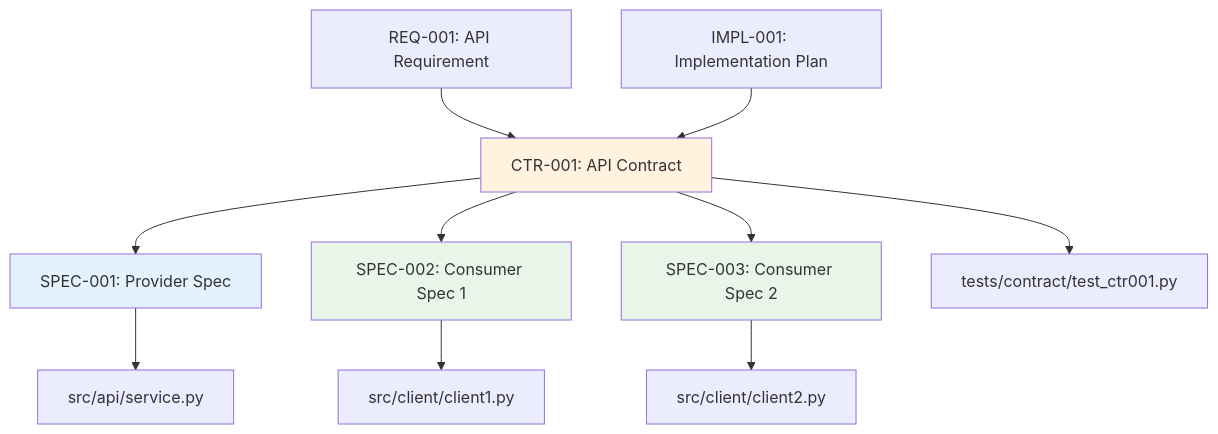
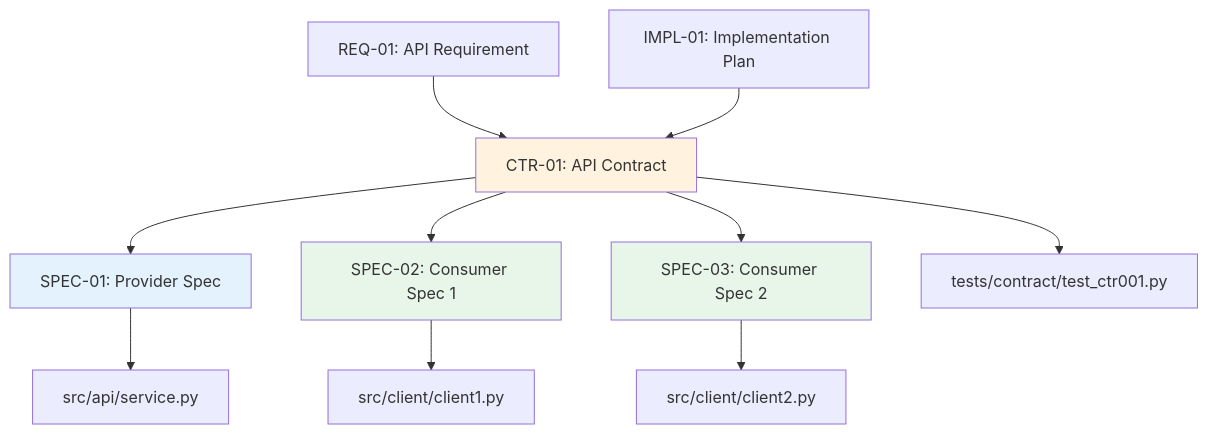
Before and after one commit to vladm3105/aidoc-flow-framework: the diagram in ai_dev_flow/CTR/CTR-000_TRACEABILITY_MATRIX-TEMPLATE.md, drawn with Mermaid. The commit also changed other lines of this file and 215 other files, not shown here.

````diff
--- a/ai_dev_flow/CTR/CTR-000_TRACEABILITY_MATRIX-TEMPLATE.md
+++ b/ai_dev_flow/CTR/CTR-000_TRACEABILITY_MATRIX-TEMPLATE.md
@@ -257,20 +257,20 @@
 ```mermaid
 graph TD
-    REQ001[REQ-001: API Requirement] --> CTR001[CTR-001: API Contract]
-    IMPL001[IMPL-001: Implementation Plan] --> CTR001
+    REQ01[REQ-01: API Requirement] --> CTR01[CTR-01: API Contract]
+    IMPL01[IMPL-01: Implementation Plan] --> CTR01
 
-    CTR001 --> SPEC001[SPEC-001: Provider Spec]
-    CTR001 --> SPEC002[SPEC-002: Consumer Spec 1]
-    CTR001 --> SPEC003[SPEC-003: Consumer Spec 2]
+    CTR01 --> SPEC01[SPEC-01: Provider Spec]
+    CTR01 --> SPEC002[SPEC-02: Consumer Spec 1]
+    CTR01 --> SPEC003[SPEC-03: Consumer Spec 2]
 
-    SPEC001 --> Provider[src/api/service.py]
+    SPEC01 --> Provider[src/api/service.py]
     SPEC002 --> Consumer1[src/client/client1.py]
     SPEC003 --> Consumer2[src/client/client2.py]
 
-    CTR001 --> ContractTests[tests/contract/test_ctr001.py]
+    CTR01 --> ContractTests[tests/contract/test_ctr001.py]
 
-    style CTR001 fill:#fff3e0
-    style SPEC001 fill:#e3f2fd
+    style CTR01 fill:#fff3e0
+    style SPEC01 fill:#e3f2fd
     style SPEC002 fill:#e8f5e9
     style SPEC003 fill:#e8f5e9
 ```
````
